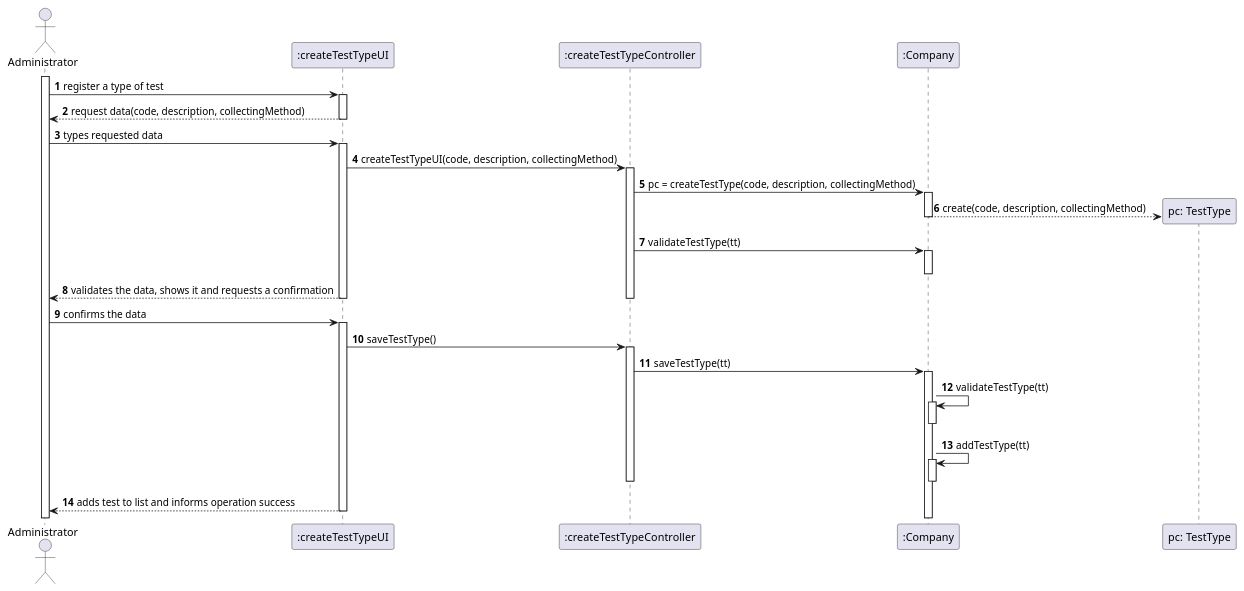
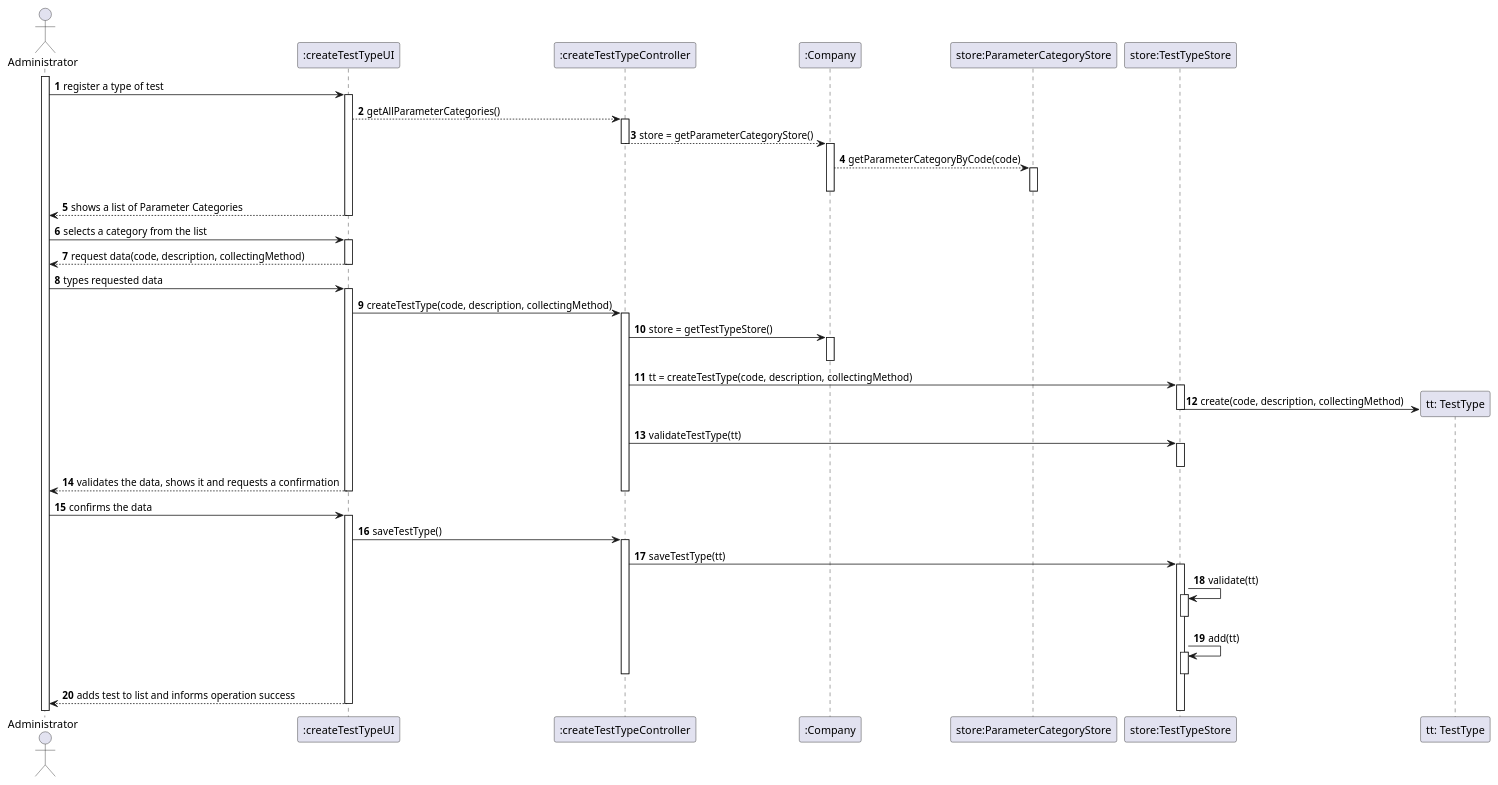
The diagram in docs/SprintB/US09/US09-SD.puml (0franciscor/lei-21-s2-1de-g19), drawn with PlantUML before and after one commit. The commit also changed 2 other files, not shown here.

```diff
--- a/docs/SprintB/US09/US09-SD.puml
+++ b/docs/SprintB/US09/US09-SD.puml
@@ -1,39 +1,56 @@
 @startuml
 autonumber
 actor "Administrator" as admin
 activate admin
 
 admin -> ":createTestTypeUI" : register a type of test
 activate ":createTestTypeUI"
+":createTestTypeUI" --> ":createTestTypeController": getAllParameterCategories()
+activate ":createTestTypeController"
+":createTestTypeController" --> ":Company": store = getParameterCategoryStore()
+deactivate ":createTestTypeController"
+activate ":Company"
+":Company" --> "store:ParameterCategoryStore": getParameterCategoryByCode(code)
+activate "store:ParameterCategoryStore"
+deactivate "store:ParameterCategoryStore"
+deactivate ":Company"
+":createTestTypeUI" --> admin: shows a list of Parameter Categories
+deactivate ":createTestTypeUI"
+admin -> ":createTestTypeUI": selects a category from the list
+activate ":createTestTypeUI"
 ":createTestTypeUI" --> admin: request data(code, description, collectingMethod)
+deactivate ":createTestTypeUI"
 deactivate ":createTestTypeUI"
 admin -> ":createTestTypeUI" : types requested data
 activate ":createTestTypeUI"
-":createTestTypeUI" -> ":createTestTypeController": createTestTypeUI(code, description, collectingMethod)
+":createTestTypeUI" -> ":createTestTypeController": createTestType(code, description, collectingMethod)
 activate ":createTestTypeController"
-":createTestTypeController" -> ":Company" : pc = createTestType(code, description, collectingMethod)
-activate ":Company"
-create "pc: TestType"
-":Company" --> "pc: TestType": create(code, description, collectingMethod)
-deactivate ":Company"
-":createTestTypeController" -> ":Company" : validateTestType(tt)
+":createTestTypeController" -> ":Company" : store = getTestTypeStore()
 activate ":Company"
 deactivate ":Company"
+":createTestTypeController" -> "store:TestTypeStore" : tt = createTestType(code, description, collectingMethod)
+activate "store:TestTypeStore"
+create "tt: TestType"
+"store:TestTypeStore" -> "tt: TestType" : create(code, description, collectingMethod)
+deactivate "store:TestTypeStore"
+":createTestTypeController" -> "store:TestTypeStore" : validateTestType(tt)
+activate "store:TestTypeStore"
+deactivate "store:TestTypeStore"
 ":createTestTypeUI" --> admin: validates the data, shows it and requests a confirmation
 deactivate ":createTestTypeController"
 deactivate ":createTestTypeUI"
 admin -> ":createTestTypeUI": confirms the data
 activate ":createTestTypeUI"
 ":createTestTypeUI" -> ":createTestTypeController": saveTestType()
 activate ":createTestTypeController"
-":createTestTypeController" -> ":Company" ++: saveTestType(tt)
-":Company" -> ":Company": validateTestType(tt)
-activate ":Company"
-deactivate ":Company"
-":Company" -> ":Company": addTestType(tt)
-activate ":Company"
-deactivate ":Company"
+":createTestTypeController" -> "store:TestTypeStore" ++: saveTestType(tt)
+"store:TestTypeStore" -> "store:TestTypeStore": validate(tt)
+activate "store:TestTypeStore"
+deactivate "store:TestTypeStore"
+"store:TestTypeStore" -> "store:TestTypeStore": add(tt)
+activate "store:TestTypeStore"
+deactivate "store:TestTypeStore"
 deactivate ":createTestTypeController"
 ":createTestTypeUI" --> admin: adds test to list and informs operation success
 deactivate ":createTestTypeUI"
 @enduml
```
